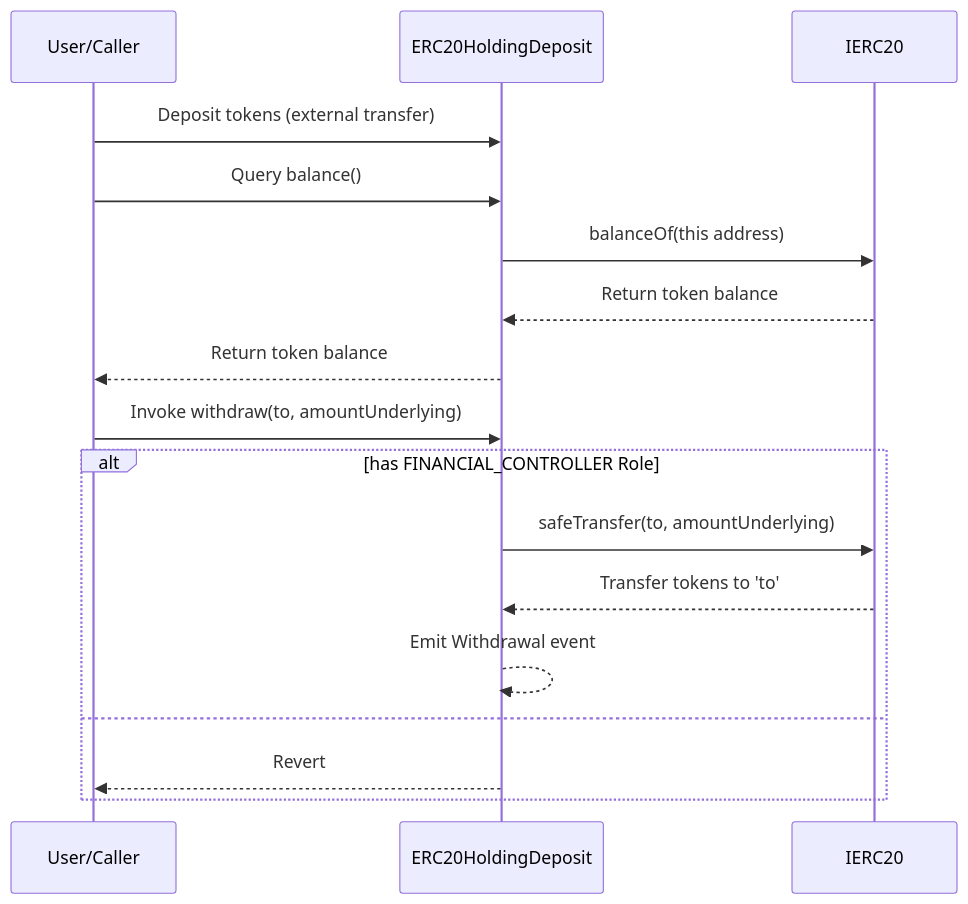
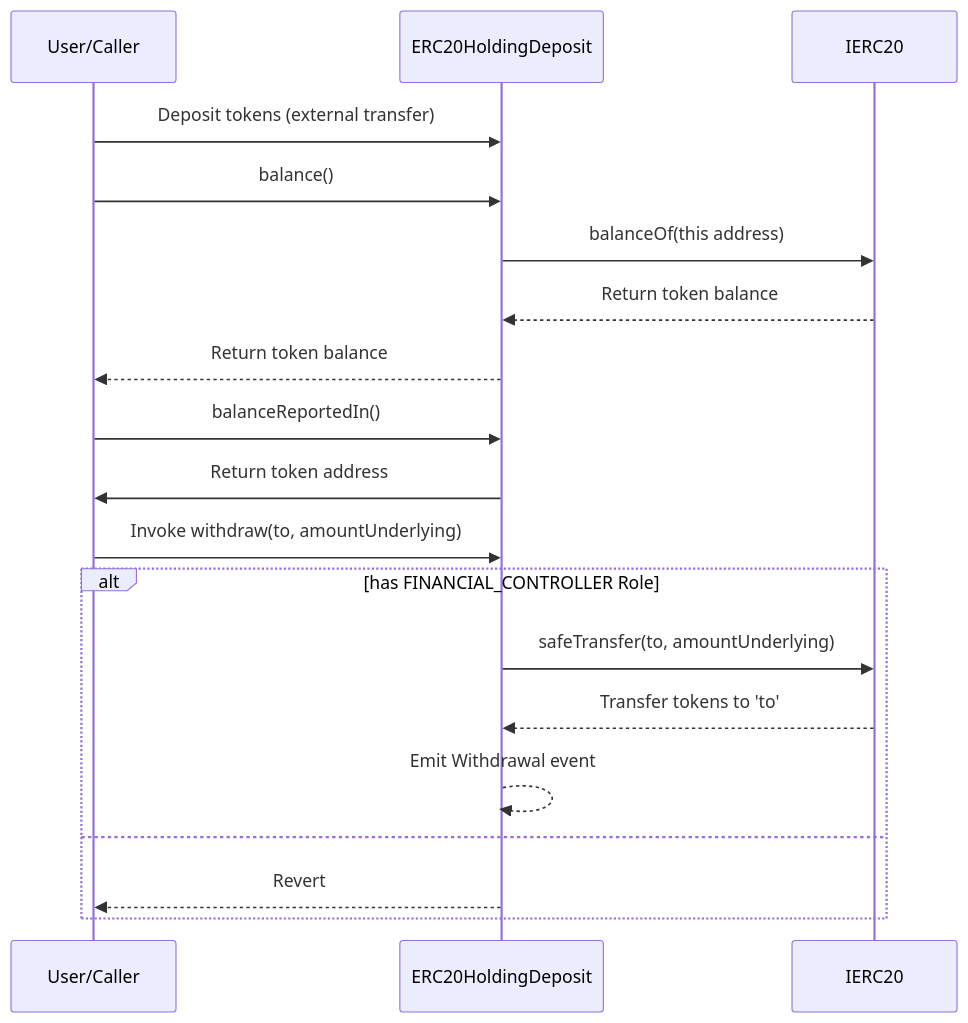
One commit to ZTX-Foundation/tuxedo changed the second of 2 diagrams in doc/contracts/finance/ERC20HoldingDeposit.md. Above: the diagram before and after it, drawn with Mermaid. The commit also changed 5 other files, not shown here.

Commit message:
feat: updated sequence diagrams

````diff
--- a/doc/contracts/finance/ERC20HoldingDeposit.md
+++ b/doc/contracts/finance/ERC20HoldingDeposit.md
@@ -20,21 +20,24 @@
 ```mermaid
 sequenceDiagram
     participant User as User/Caller
     participant ERC20HoldingDeposit
     participant IERC20
 
     User->>ERC20HoldingDeposit: Deposit tokens (external transfer)
-    User->>ERC20HoldingDeposit: Query balance()
+    User->>ERC20HoldingDeposit: balance()
     ERC20HoldingDeposit->>IERC20: balanceOf(this address)
     IERC20-->>ERC20HoldingDeposit: Return token balance
     ERC20HoldingDeposit-->>User: Return token balance
     
+    User->>ERC20HoldingDeposit: balanceReportedIn()
+    ERC20HoldingDeposit->>User: Return token address
+
     User->>ERC20HoldingDeposit: Invoke withdraw(to, amountUnderlying)
     alt has FINANCIAL_CONTROLLER Role
         ERC20HoldingDeposit->>IERC20: safeTransfer(to, amountUnderlying)
         IERC20-->>ERC20HoldingDeposit: Transfer tokens to 'to'
         ERC20HoldingDeposit-->>ERC20HoldingDeposit: Emit Withdrawal event
     else
         ERC20HoldingDeposit-->>User: Revert
     end 
 ```
````
